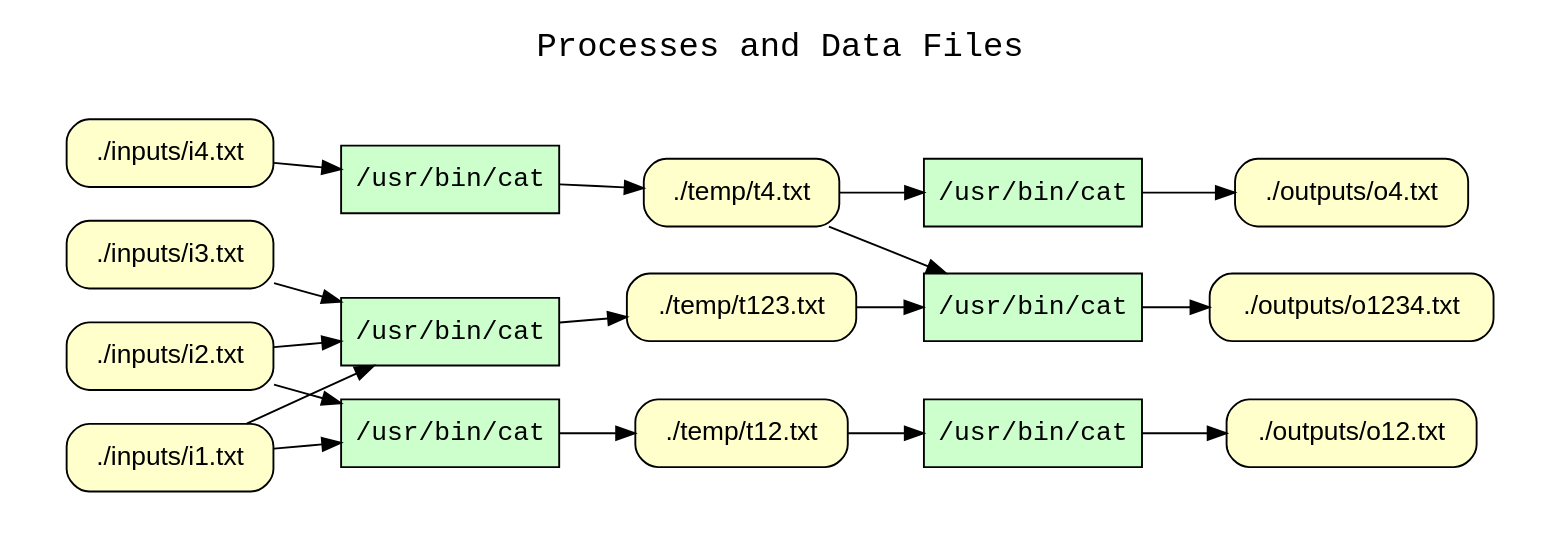
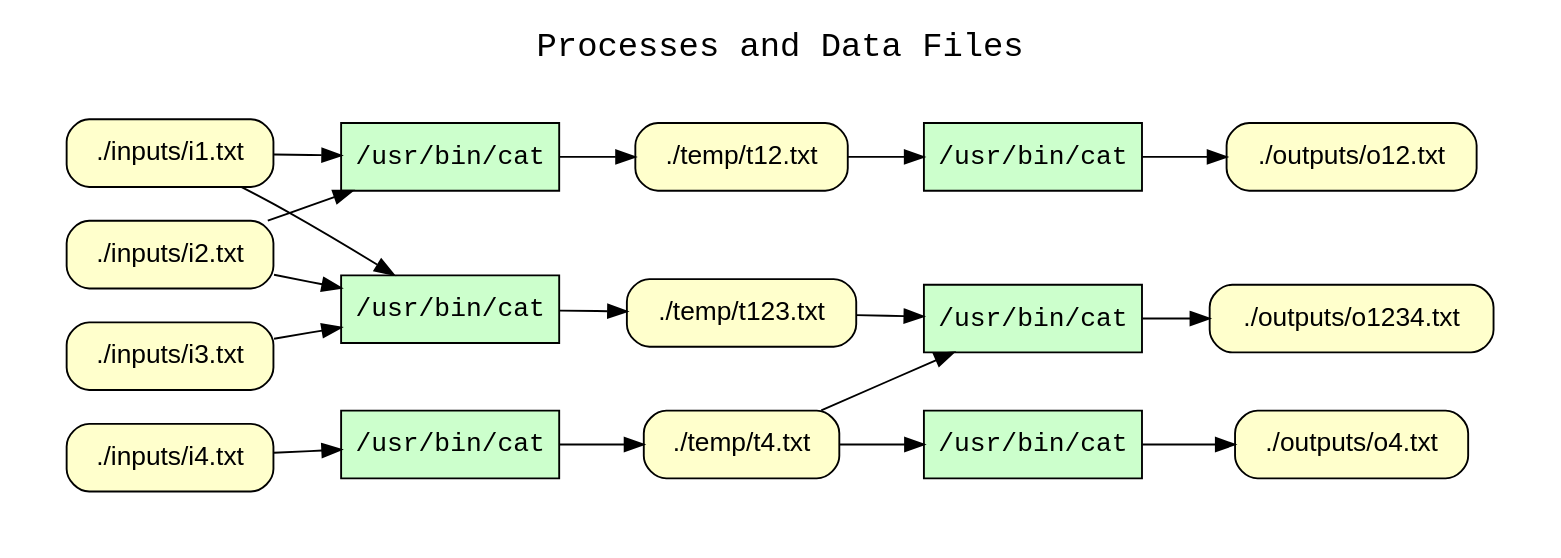
One commit to CIRSS/cpr changed the diagram in examples/01-xsb-examples/08-branched-pipeline/graphs.d/cpr_processes_and_data_files.dot. Above: the diagram before and after it, drawn with Graphviz. The commit also changed other lines of this file and 74 other files, not shown here.

```diff
--- a/examples/01-xsb-examples/08-branched-pipeline/graphs.d/cpr_processes_and_data_files.dot
+++ b/examples/01-xsb-examples/08-branched-pipeline/graphs.d/cpr_processes_and_data_files.dot
@@ -1,43 +1,43 @@
 
 digraph cpr_run {
 rankdir=LR
 fontname=Courier; fontsize=18; labelloc=t
 label="Processes and Data Files"
 subgraph cluster_inputs { label=""; color=white; penwidth=0
 subgraph cluster_inputs_inner { label=""; color=white
 node[shape=box style="filled" fillcolor="#CCFFCC" peripheries=1 fontname=Courier]
 "exe:e7" [label="/usr/bin/cat"]
 "exe:e6" [label="/usr/bin/cat"]
 "exe:e5" [label="/usr/bin/cat"]
 "exe:e4" [label="/usr/bin/cat"]
 "exe:e3" [label="/usr/bin/cat"]
 "exe:e2" [label="/usr/bin/cat"]
 node[shape=box style="rounded,filled" fillcolor="#FFFFCC" peripheries=1 fontname=Helvetica]
+"access:i22" [label="./outputs/o1234.txt"]
+"access:i15" [label="./inputs/i1.txt"]
 "access:i23" [label="./outputs/o4.txt"]
 "access:i16" [label="./inputs/i2.txt"]
 "access:i17" [label="./temp/t123.txt"]
 "access:i18" [label="./inputs/i3.txt"]
 "access:i19" [label="./temp/t4.txt"]
 "access:i20" [label="./inputs/i4.txt"]
 "access:i9" [label="./temp/t12.txt"]
 "access:i21" [label="./outputs/o12.txt"]
-"access:i22" [label="./outputs/o1234.txt"]
-"access:i15" [label="./inputs/i1.txt"]
 "exe:e7" -> "access:i23"
 "exe:e6" -> "access:i22"
 "exe:e5" -> "access:i21"
 "exe:e4" -> "access:i19"
 "exe:e3" -> "access:i17"
 "exe:e2" -> "access:i9"
 "access:i19" -> "exe:e7"
 "access:i17" -> "exe:e6"
 "access:i19" -> "exe:e6"
 "access:i9" -> "exe:e5"
 "access:i20" -> "exe:e4"
 "access:i15" -> "exe:e3"
 "access:i16" -> "exe:e3"
 "access:i18" -> "exe:e3"
 "access:i15" -> "exe:e2"
 "access:i16" -> "exe:e2"
 }}
 }
```
